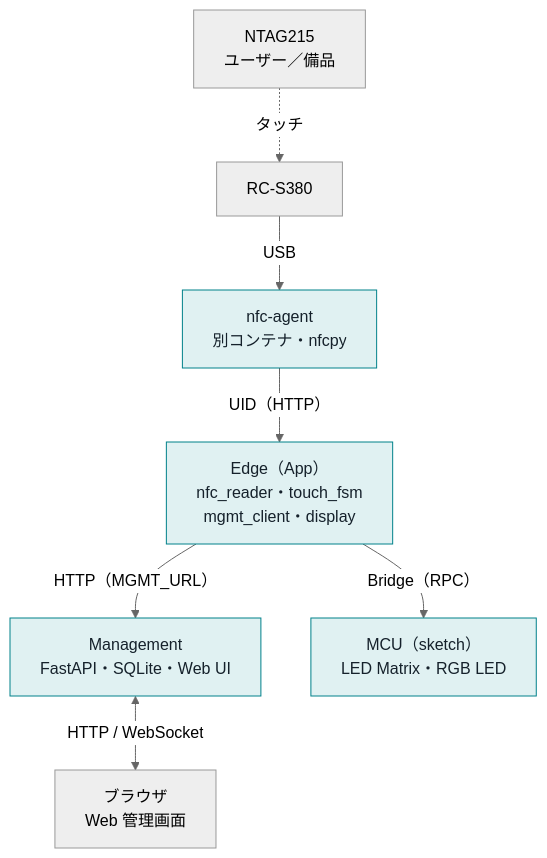
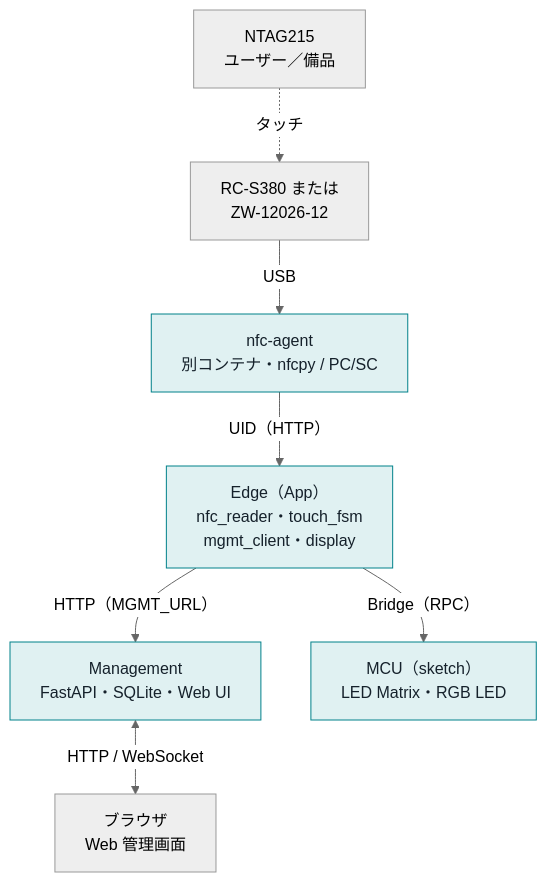
Before and after one commit to yuzuafro/unoq-nfc-lending: the first of 4 diagrams in docs/design.md, drawn with Mermaid (neutral theme). The commit also changed other lines of this file and 11 other files, not shown here.

````diff
--- a/docs/design.md
+++ b/docs/design.md
@@ -69,11 +70,11 @@
 ```mermaid
 flowchart TB
-  TAG["NTAG215<br/>ユーザー／備品"] -. タッチ .-> RDR[RC-S380]
-  RDR -- USB --> AGENT["nfc-agent<br/>別コンテナ・nfcpy"]
+  TAG["NTAG215<br/>ユーザー／備品"] -. タッチ .-> RDR["RC-S380 または<br/>ZW-12026-12"]
+  RDR -- USB --> AGENT["nfc-agent<br/>別コンテナ・nfcpy / PC/SC"]
   AGENT -- "UID（HTTP）" --> EDGE["Edge（App）<br/>nfc_reader・touch_fsm<br/>mgmt_client・display"]
   EDGE -- "HTTP（MGMT_URL）" --> MGMT["Management<br/>FastAPI・SQLite・Web UI"]
   EDGE -- "Bridge（RPC）" --> MCU["MCU（sketch）<br/>LED Matrix・RGB LED"]
   MGMT <-- "HTTP / WebSocket" --> WEB["ブラウザ<br/>Web 管理画面"]
   classDef uno fill:#E0F1F2,stroke:#00818A,color:#15212B
   class AGENT,EDGE,MGMT,MCU uno
 ```
````
